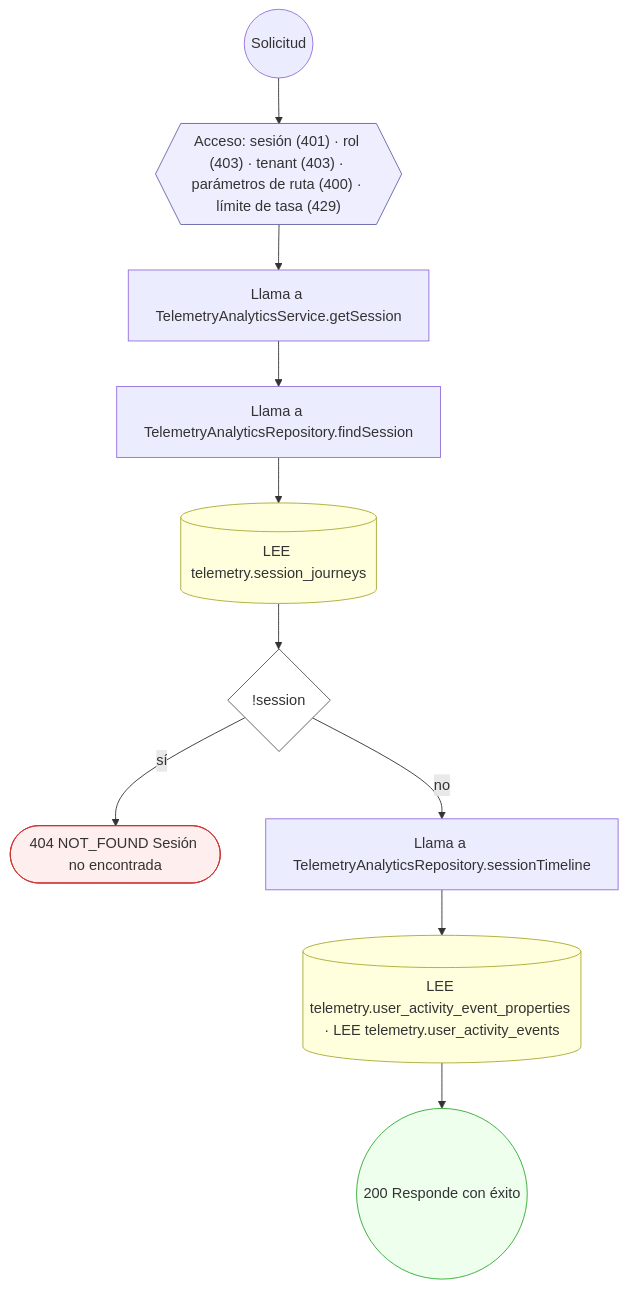
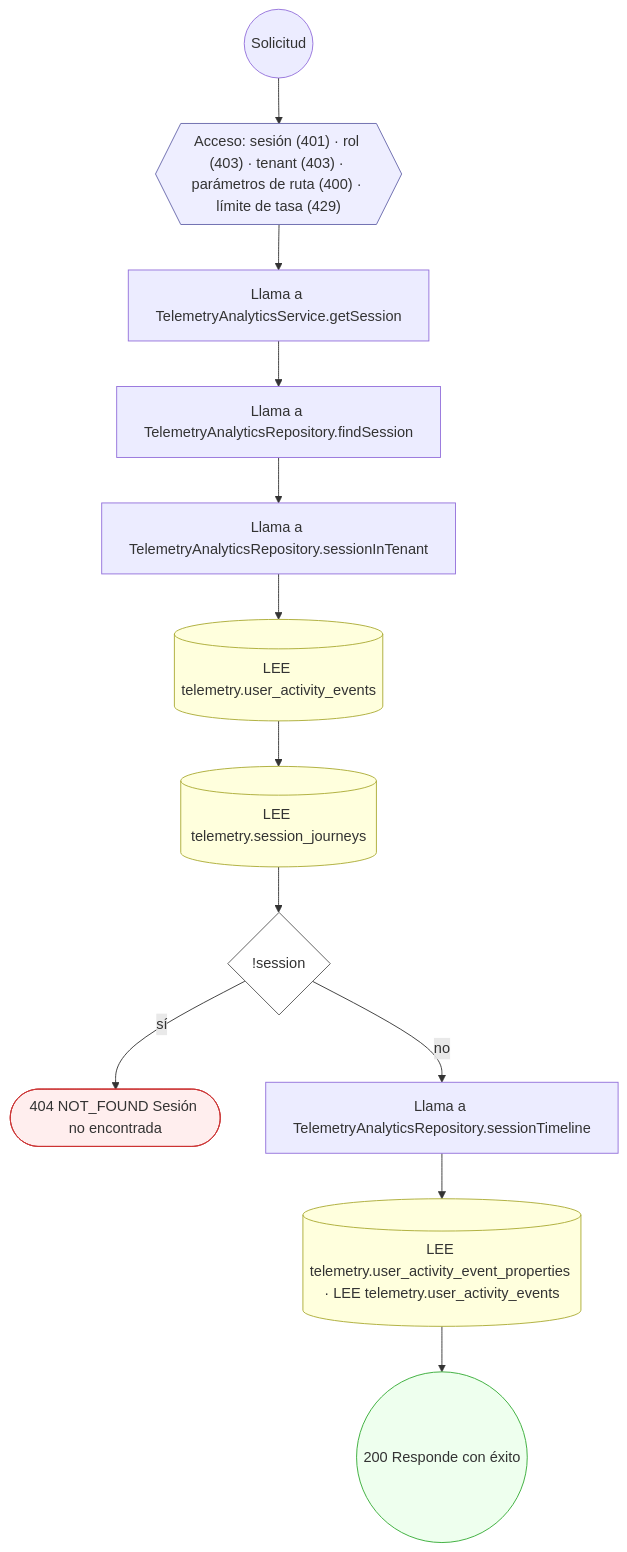
Before and after one commit to mdavila-2001/mantra-core-health-api: the sixth of 20 diagrams in docs/inventario/flujos/telemetry.md, drawn with Mermaid. The commit also changed other lines of this file and 438 other files, not shown here.

````diff
--- a/docs/inventario/flujos/telemetry.md
+++ b/docs/inventario/flujos/telemetry.md
@@ -408,28 +440,32 @@
 ```mermaid
 flowchart TD
   n1(("Solicitud")):::inicio
   n2{{"Acceso: sesión (401) · rol (403) · tenant (403) · parámetros de ruta (400) · límite de tasa (429)"}}:::acceso
   n1 --> n2
   n3["Llama a TelemetryAnalyticsService.getSession"]:::llamada
   n2 --> n3
   n4["Llama a TelemetryAnalyticsRepository.findSession"]:::llamada
   n3 --> n4
-  n5[("LEE telemetry.session_journeys")]:::efecto
+  n5["Llama a TelemetryAnalyticsRepository.sessionInTenant"]:::llamada
   n4 --> n5
-  n6{"!session"}:::decision
+  n6[("LEE telemetry.user_activity_events")]:::efecto
   n5 --> n6
-  n7(["404 NOT_FOUND Sesión no encontrada"]):::error
-  n6 -->|"sí"| n7
-  n8["Llama a TelemetryAnalyticsRepository.sessionTimeline"]:::llamada
-  n6 -->|"no"| n8
-  n9[("LEE telemetry.user_activity_event_properties · LEE telemetry.user_activity_events")]:::efecto
-  n8 --> n9
-  n10(("200 Responde con éxito")):::ok
-  n9 --> n10
+  n7[("LEE telemetry.session_journeys")]:::efecto
+  n6 --> n7
+  n8{"!session"}:::decision
+  n7 --> n8
+  n9(["404 NOT_FOUND Sesión no encontrada"]):::error
+  n8 -->|"sí"| n9
+  n10["Llama a TelemetryAnalyticsRepository.sessionTimeline"]:::llamada
+  n8 -->|"no"| n10
+  n11[("LEE telemetry.user_activity_event_properties · LEE telemetry.user_activity_events")]:::efecto
+  n10 --> n11
+  n12(("200 Responde con éxito")):::ok
+  n11 --> n12
   classDef acceso fill:#eef,stroke:#66a
   classDef error fill:#fee,stroke:#c33
   classDef ok fill:#efe,stroke:#3a3
   classDef efecto fill:#ffd,stroke:#aa3
   classDef decision fill:#fff,stroke:#555
   classDef corte fill:#eee,stroke:#999,stroke-dasharray: 4
 ```
````
